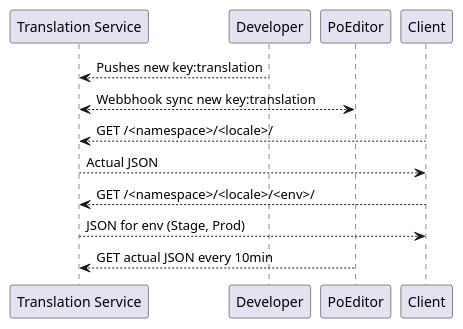
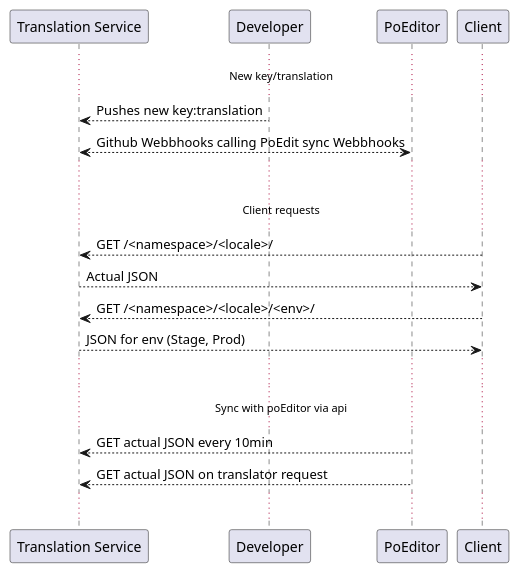
The diagram in translation-system.puml (mpohl/poeditor-com), drawn with PlantUML before and after one commit.

Commit message:
nicer diagramm

```diff
--- a/translation-system.puml
+++ b/translation-system.puml
@@ -1,14 +1,17 @@
 @startuml
-
+... New key/translation ...
 "Translation Service" <-- "Developer" : Pushes new key:translation
-"Translation Service" <--> "PoEditor": Webbhook sync new key:translation
-
+"Translation Service" <--> "PoEditor": Github Webbhooks calling PoEdit sync Webbhooks
+...
+... Client requests ...
 "Client" --> "Translation Service" : GET /<namespace>/<locale>/
 "Translation Service" --> "Client" : Actual JSON
 
 "Client" --> "Translation Service" : GET /<namespace>/<locale>/<env>/
 "Translation Service" --> "Client" : JSON for env (Stage, Prod)
-
+...
+... Sync with poEditor via api ...
 "Translation Service" <-- "PoEditor": GET actual JSON every 10min
-
+"Translation Service" <-- "PoEditor": GET actual JSON on translator request
+...
 @enduml
```
